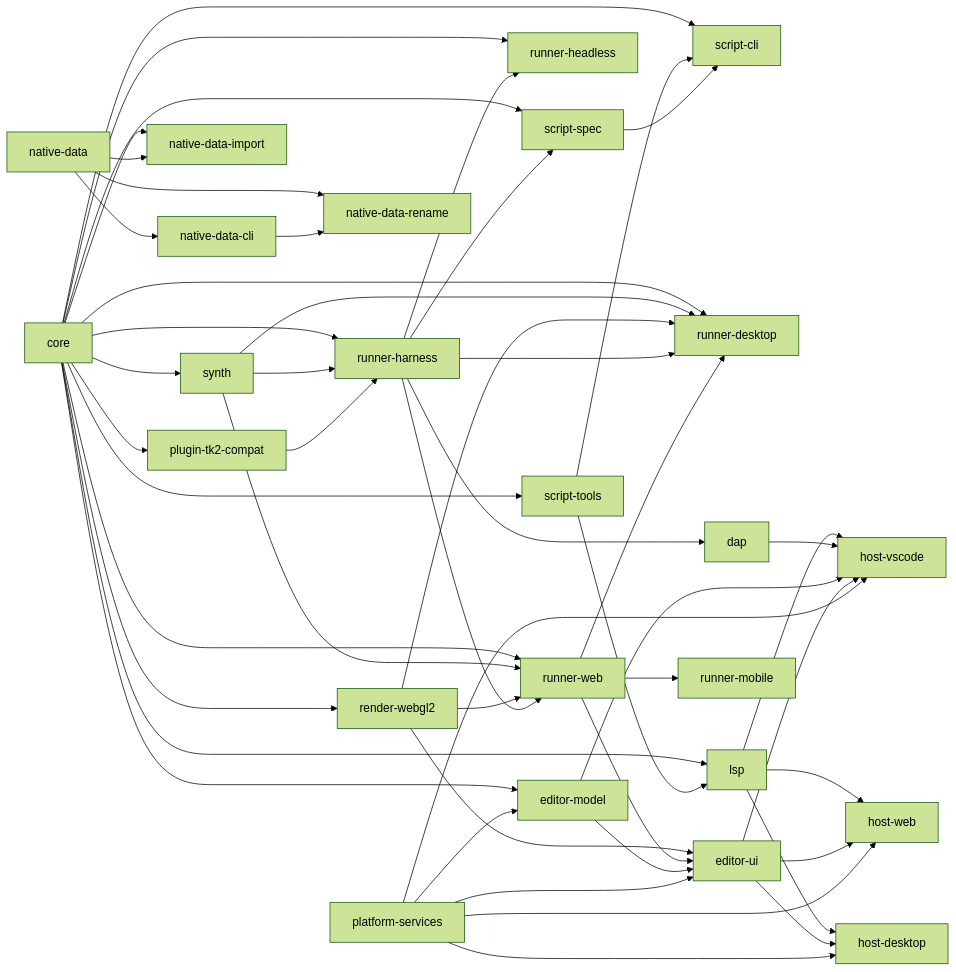
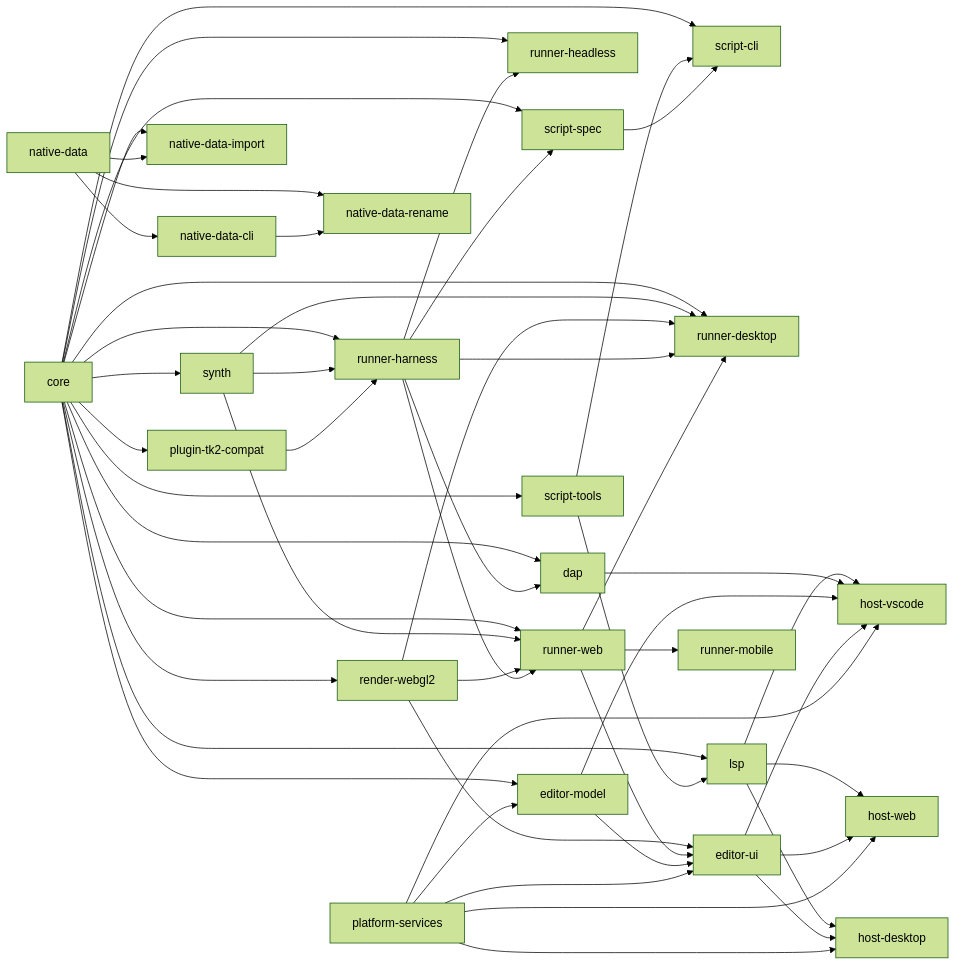
The first of 3 diagrams in _bmad-output/initiative-rpgtoolkit-reawakened/architecture-rpgtoolkit-reawakened/architecture-rpgtoolkit-reawakened.md (tk-reawakened/rpgtoolkit-reawakened), drawn with Mermaid (forest theme) before and after one commit. The commit also changed 13 other files, not shown here.

````diff
--- a/_bmad-output/initiative-rpgtoolkit-reawakened/architecture-rpgtoolkit-reawakened/architecture-rpgtoolkit-reawakened.md
+++ b/_bmad-output/initiative-rpgtoolkit-reawakened/architecture-rpgtoolkit-reawakened/architecture-rpgtoolkit-reawakened.md
@@ -42,52 +42,53 @@
 ```mermaid
 graph LR
   core --> scripttools[script-tools]
   core --> scriptcli[script-cli]
   core --> synth
   core --> renderwebgl2[render-webgl2]
   core --> runnerharness[runner-harness]
   core --> runnerheadless[runner-headless]
   core --> runnerweb[runner-web]
   core --> runnerdesktop[runner-desktop]
   core --> lsp
   core --> scriptspec[script-spec]
   core --> editormodel[editor-model]
   core --> plugintk2compat[plugin-tk2-compat]
   scripttools --> lsp
   scripttools --> scriptcli
   scriptspec --> scriptcli
   synth --> runnerharness
   synth --> runnerweb
   synth --> runnerdesktop
   renderwebgl2 --> runnerweb
   renderwebgl2 --> runnerdesktop
   renderwebgl2 --> editorui[editor-ui]
   runnerharness --> runnerheadless
   runnerharness --> runnerweb
   runnerharness --> runnerdesktop
   runnerharness --> scriptspec
+  core --> dap
   runnerharness --> dap
   runnerweb --> runnerdesktop
   runnerweb --> runnermobile[runner-mobile]
   runnerweb --> editorui
   lsp --> hostvscode[host-vscode]
   lsp --> hostweb[host-web]
   lsp --> hostdesktop[host-desktop]
   dap --> hostvscode
   editormodel --> editorui
   editormodel --> hostvscode
   editorui --> hostvscode
   editorui --> hostweb
   editorui --> hostdesktop
   platformservices[platform-services] --> editormodel
   platformservices --> editorui
   platformservices --> hostvscode
   platformservices --> hostweb
   platformservices --> hostdesktop
   plugintk2compat --> runnerharness
   nativedata[native-data] --> nativedatacli[native-data-cli]
   core --> nativedataimport[native-data-import]
   nativedata --> nativedataimport
   nativedata --> nativedatarename[native-data-rename]
   nativedatacli --> nativedatarename
 ```
````
